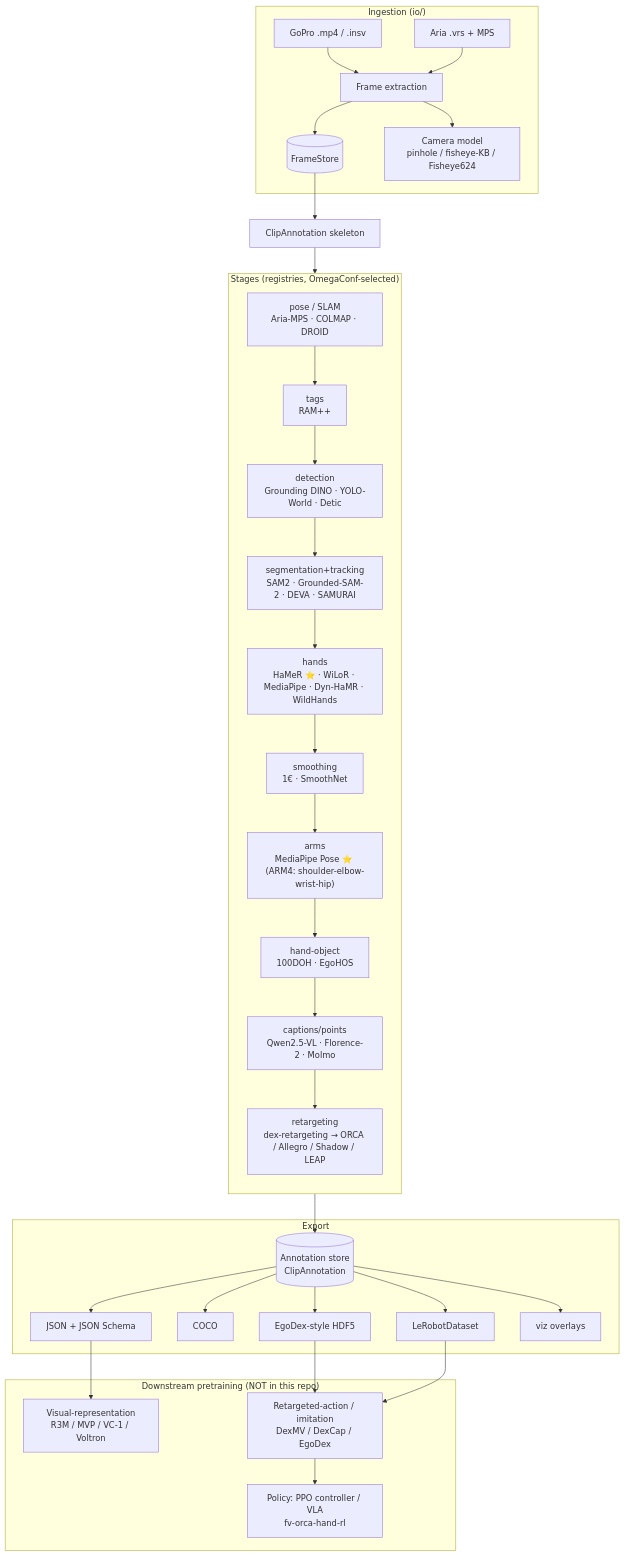
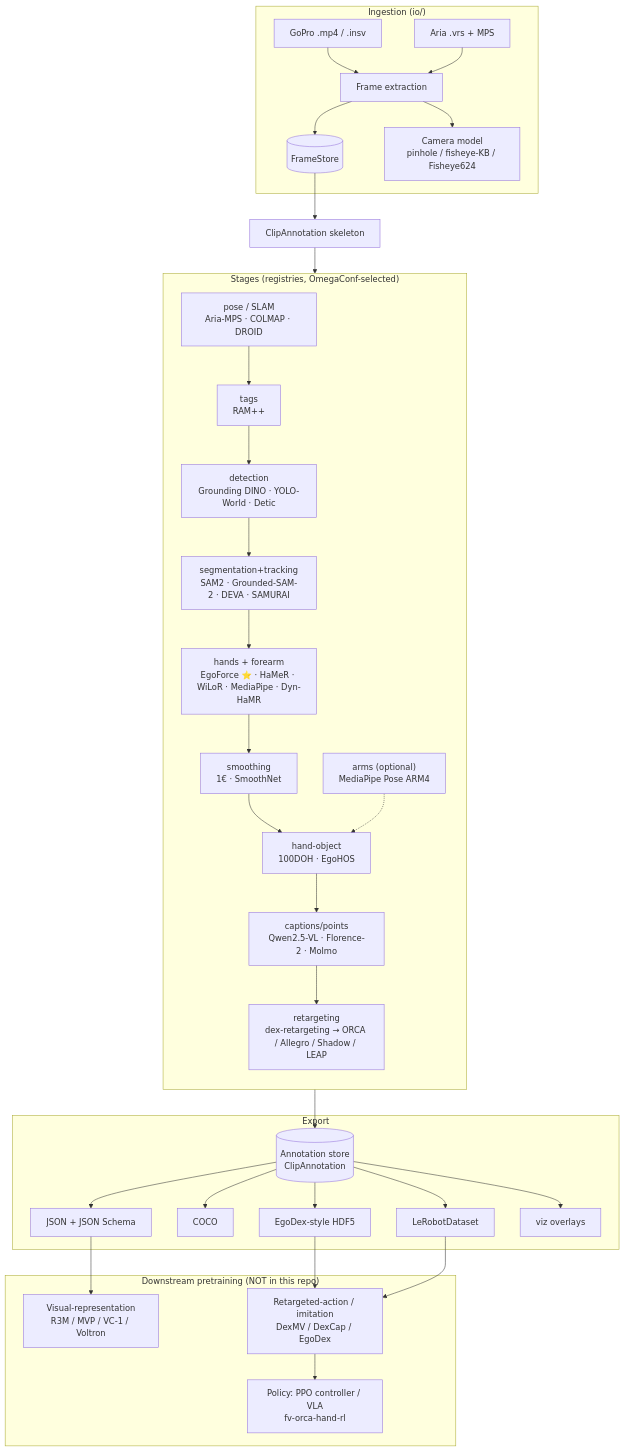
One commit to LimbusSpace/ego2dex changed the diagram in docs/diagrams/pipeline.md. Above: the diagram before and after it, drawn with Mermaid. The commit also changed 21 other files, not shown here.

First line of the commit message:
feat: default to EgoForce unified hand+forearm stage

````diff
--- a/docs/diagrams/pipeline.md
+++ b/docs/diagrams/pipeline.md
@@ -3,43 +3,43 @@
 ```mermaid
 flowchart TD
     subgraph INGEST["Ingestion (io/)"]
         V[GoPro .mp4 / .insv] --> F[Frame extraction]
         A[Aria .vrs + MPS] --> F
         F --> FS[(FrameStore)]
         F --> CAM[Camera model<br/>pinhole / fisheye-KB / Fisheye624]
     end
 
     FS --> CLIP[ClipAnnotation skeleton]
 
     subgraph STAGES["Stages (registries, OmegaConf-selected)"]
         direction TB
         POSE["pose / SLAM<br/>Aria-MPS · COLMAP · DROID"] --> TAGS
         TAGS["tags<br/>RAM++"] --> DET
         DET["detection<br/>Grounding DINO · YOLO-World · Detic"] --> SEG
         SEG["segmentation+tracking<br/>SAM2 · Grounded-SAM-2 · DEVA · SAMURAI"] --> HANDS
-        HANDS["hands<br/>HaMeR ⭐ · WiLoR · MediaPipe · Dyn-HaMR · WildHands"] --> SMOOTH
-        SMOOTH["smoothing<br/>1€ · SmoothNet"] --> ARMS
-        ARMS["arms<br/>MediaPipe Pose ⭐ (ARM4: shoulder-elbow-wrist-hip)"] --> HOI
+        HANDS["hands + forearm<br/>EgoForce ⭐ · HaMeR · WiLoR · MediaPipe · Dyn-HaMR"] --> SMOOTH
+        SMOOTH["smoothing<br/>1€ · SmoothNet"] --> HOI
+        ARMS["arms (optional)<br/>MediaPipe Pose ARM4"] -.-> HOI
         HOI["hand-object<br/>100DOH · EgoHOS"] --> CAP
         CAP["captions/points<br/>Qwen2.5-VL · Florence-2 · Molmo"] --> RET
         RET["retargeting<br/>dex-retargeting → ORCA / Allegro / Shadow / LEAP"]
     end
 
     CLIP --> POSE
     RET --> STORE[(Annotation store<br/>ClipAnnotation)]
 
     subgraph EXPORT["Export"]
         STORE --> J[JSON + JSON Schema]
         STORE --> C[COCO]
         STORE --> H[EgoDex-style HDF5]
         STORE --> L[LeRobotDataset]
         STORE --> Z[viz overlays]
     end
 
     subgraph PRETRAIN["Downstream pretraining (NOT in this repo)"]
         J --> VR[Visual-representation<br/>R3M / MVP / VC-1 / Voltron]
         H --> IM[Retargeted-action / imitation<br/>DexMV / DexCap / EgoDex]
         L --> IM
         IM --> POL[Policy: PPO controller / VLA<br/>fv-orca-hand-rl]
     end
 ```
````
